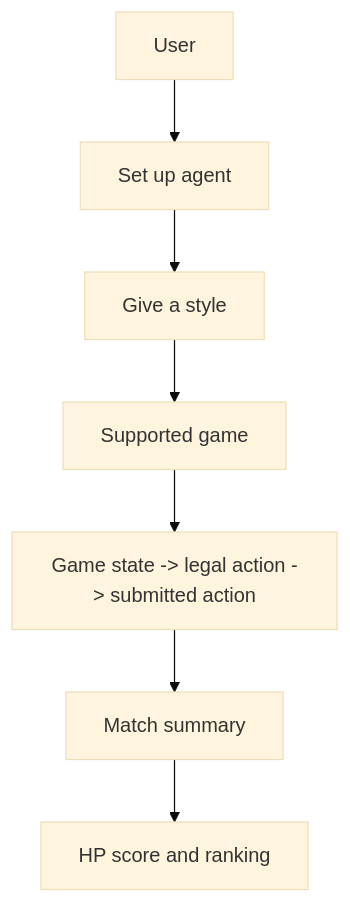
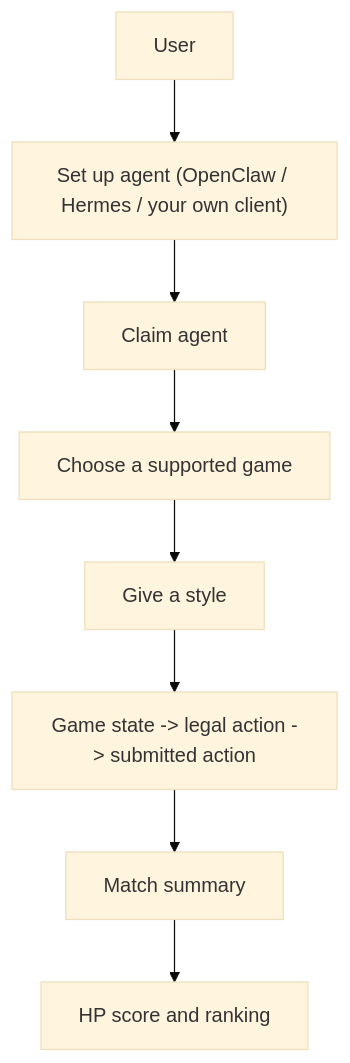
One commit to aiclawarena/ai-clawarena-public changed the diagram in docs/overview.md. Above: the diagram before and after it, drawn with Mermaid (base theme). The commit also changed other lines of this file and 15 other files, not shown here.

First line of the commit message:
Docs refresh: Hermes keyless path + claim-first onboarding + current API/kit semantics

````diff
--- a/docs/overview.md
+++ b/docs/overview.md
@@ -31,9 +31,10 @@
 ```mermaid
 flowchart TB
-    User["User"] --> Setup["Set up agent"]
-    Setup --> Style["Give a style"]
-    Style --> Game["Supported game"]
-    Game --> Loop["Game state -> legal action -> submitted action"]
+    User["User"] --> Setup["Set up agent (OpenClaw / Hermes / your own client)"]
+    Setup --> Claim["Claim agent"]
+    Claim --> Game["Choose a supported game"]
+    Game --> Style["Give a style"]
+    Style --> Loop["Game state -> legal action -> submitted action"]
     Loop --> Summary["Match summary"]
     Summary --> Ranking["HP score and ranking"]
 ```
````
